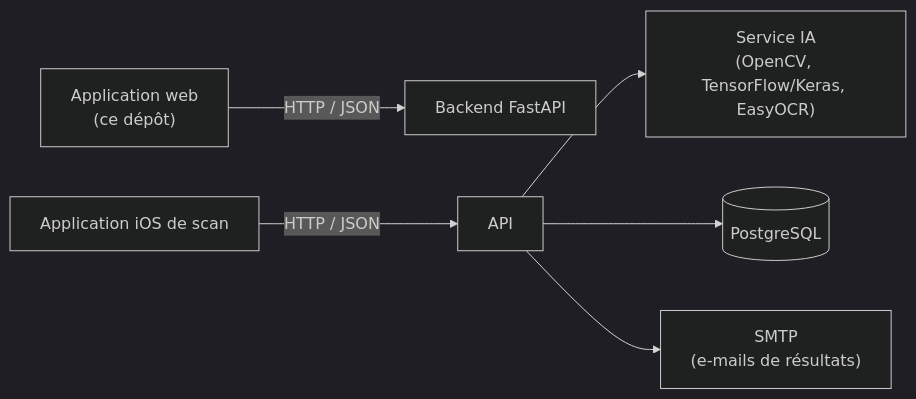
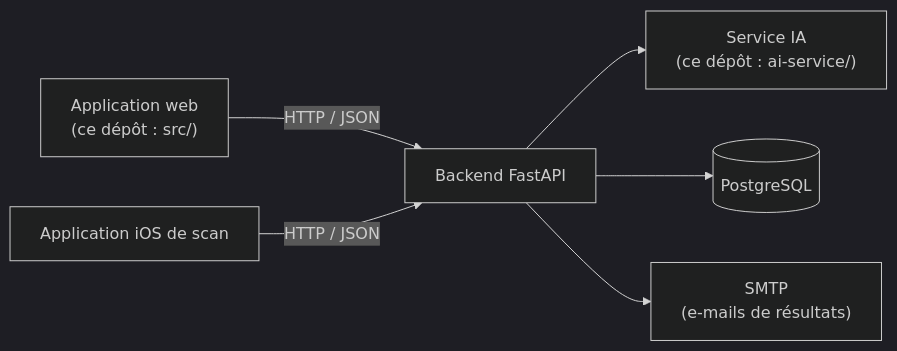
One commit to Xerow42/qcm-corrector-web changed the diagram in README.fr.md. Above: the diagram before and after it, drawn with Mermaid (dark theme). The commit also changed other lines of this file and 18 other files, not shown here.

````diff
--- a/README.fr.md
+++ b/README.fr.md
@@ -17,8 +20,8 @@
 ```mermaid
 flowchart LR
-    Web\\\\\\\["Application web<br/>(ce dépôt)"] -- "HTTP / JSON" --> API\\\\\\\["Backend FastAPI"]
-    iOS\\\\\\\["Application iOS de scan"] -- "HTTP / JSON" --> API
-    API --> AI\\\\\\\["Service IA<br/>(OpenCV, TensorFlow/Keras, EasyOCR)"]
-    API --> DB\\\\\\\[("PostgreSQL")]
-    API --> Mail\\\\\\\["SMTP<br/>(e-mails de résultats)"]
+    Web["Application web<br/>(ce dépôt : src/)"] -- "HTTP / JSON" --> API["Backend FastAPI"]
+    iOS["Application iOS de scan"] -- "HTTP / JSON" --> API
+    API --> AI["Service IA<br/>(ce dépôt : ai-service/)"]
+    API --> DB[("PostgreSQL")]
+    API --> Mail["SMTP<br/>(e-mails de résultats)"]
 ```
````
